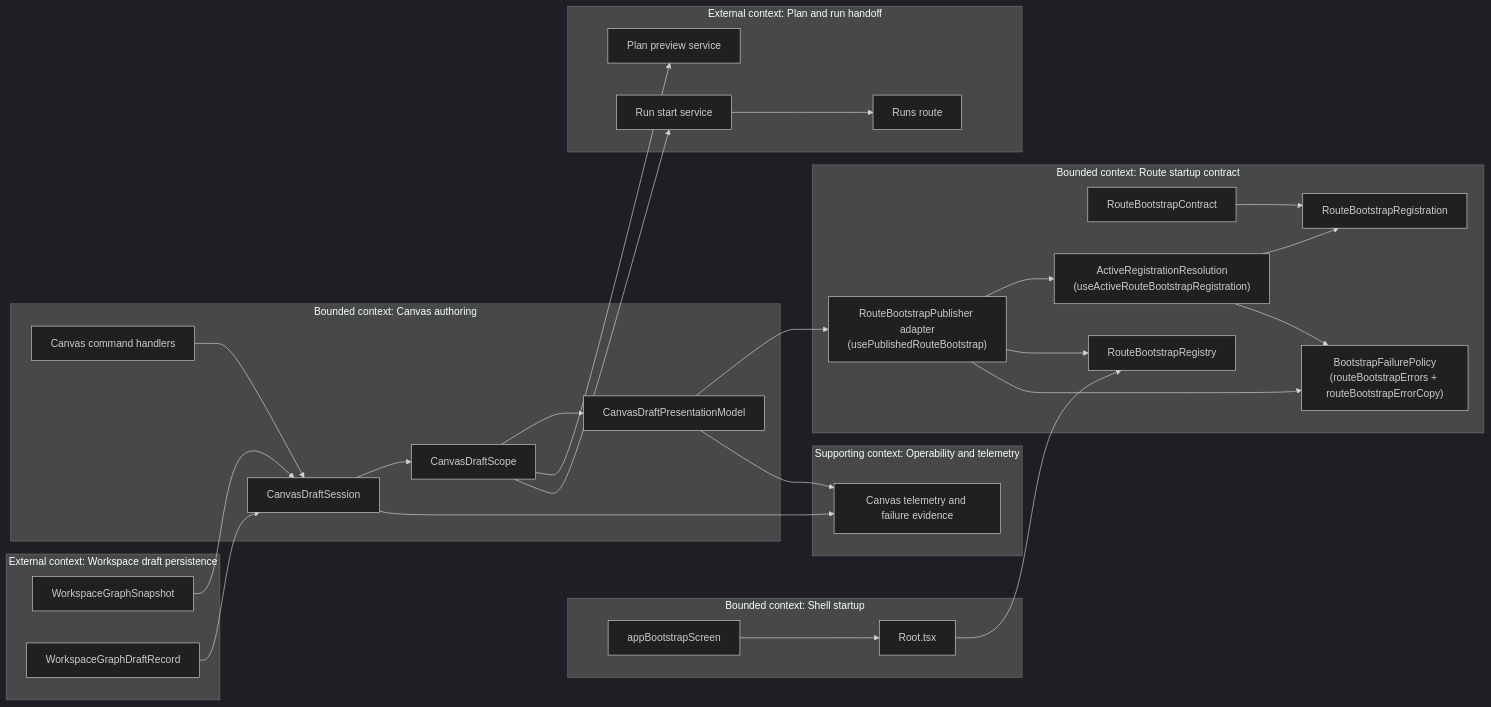
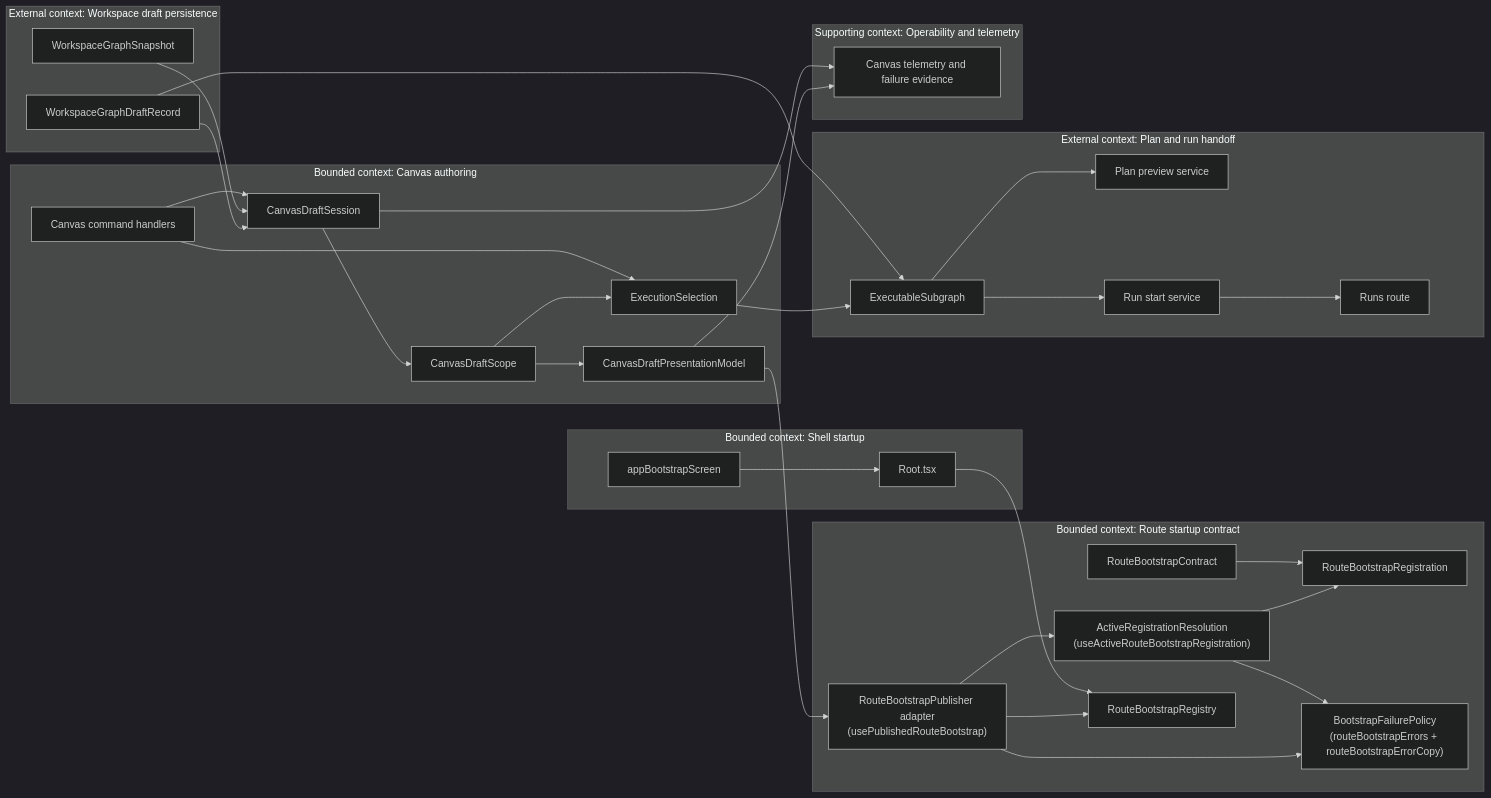
One commit to dunay2/dvt changed the first of 9 diagrams in docs/planning/proposals/mandatory/frontend-and-ux/tf-e2-canvas-target-architecture-execution-plan-20260417.md. Above: the diagram before and after it, drawn with Mermaid (dark theme). The commit also changed other lines of this file and 15 other files, not shown here.

````diff
--- a/docs/planning/proposals/mandatory/frontend-and-ux/tf-e2-canvas-target-architecture-execution-plan-20260417.md
+++ b/docs/planning/proposals/mandatory/frontend-and-ux/tf-e2-canvas-target-architecture-execution-plan-20260417.md
@@ -187,58 +195,64 @@
 ```mermaid
 flowchart LR
   subgraph Shell["Bounded context: Shell startup"]
     Root["Root.tsx"]
     Bootstrap["appBootstrapScreen"]
   end
 
   subgraph RouteContract["Bounded context: Route startup contract"]
     Contract["RouteBootstrapContract"]
     Registration["RouteBootstrapRegistration"]
     ActiveResolution["ActiveRegistrationResolution\n(useActiveRouteBootstrapRegistration)"]
     Registry["RouteBootstrapRegistry"]
     Publisher["RouteBootstrapPublisher adapter\n(usePublishedRouteBootstrap)"]
     Failures["BootstrapFailurePolicy\n(routeBootstrapErrors + routeBootstrapErrorCopy)"]
   end
 
   subgraph CanvasAuthoring["Bounded context: Canvas authoring"]
     DraftSession["CanvasDraftSession"]
     DraftScope["CanvasDraftScope"]
+    ExecutionSelection["ExecutionSelection"]
     Presentation["CanvasDraftPresentationModel"]
     Commands["Canvas command handlers"]
   end
 
   subgraph WorkspaceDraft["External context: Workspace draft persistence"]
     Snapshot["WorkspaceGraphSnapshot"]
     DraftRecord["WorkspaceGraphDraftRecord"]
   end
 
   subgraph PlanRun["External context: Plan and run handoff"]
+    ExecutableSubgraph["ExecutableSubgraph"]
     PlanPreview["Plan preview service"]
     RunStart["Run start service"]
     RunsRoute["Runs route"]
   end
 
   subgraph Observability["Supporting context: Operability and telemetry"]
     Telemetry["Canvas telemetry and failure evidence"]
   end
 
   Root --> Registry
   Bootstrap --> Root
   Contract --> Registration
   ActiveResolution --> Registration
   Publisher --> ActiveResolution
   Publisher --> Registry
   ActiveResolution --> Failures
   Publisher --> Failures
   DraftSession --> DraftScope
   DraftScope --> Presentation
   Presentation --> Publisher
   Commands --> DraftSession
+  Commands --> ExecutionSelection
   Snapshot --> DraftSession
   DraftRecord --> DraftSession
-  DraftScope --> PlanPreview
-  DraftScope --> RunStart
+  DraftScope --> ExecutionSelection
+  DraftRecord --> ExecutableSubgraph
+  ExecutionSelection --> ExecutableSubgraph
+  ExecutableSubgraph --> PlanPreview
+  ExecutableSubgraph --> RunStart
   RunStart --> RunsRoute
   DraftSession --> Telemetry
   Presentation --> Telemetry
 ```
````
